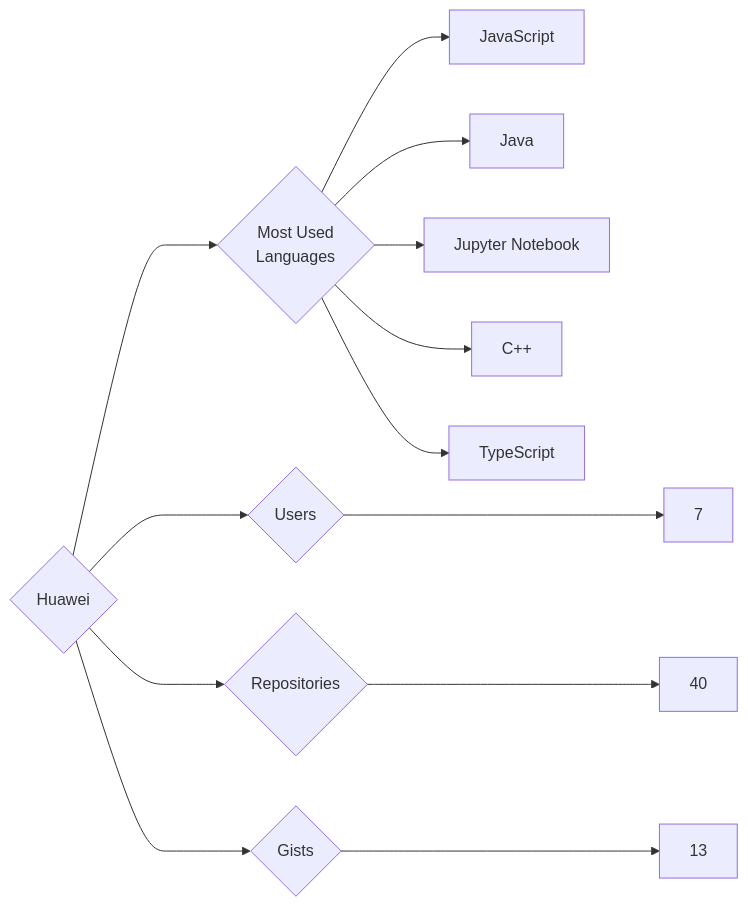
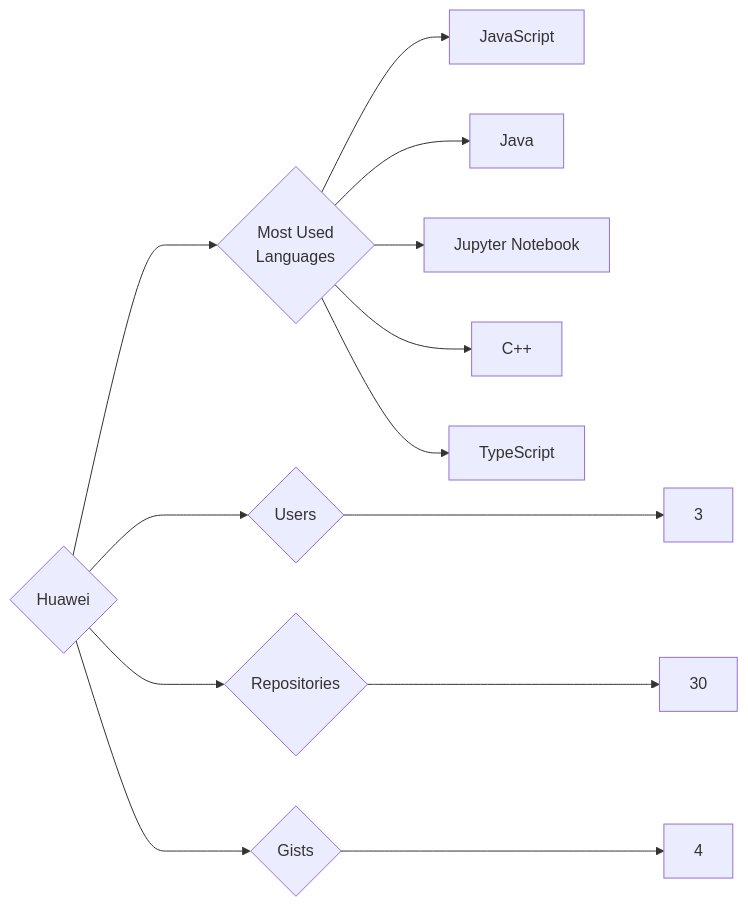
The diagram in targets/Huawei/README.md (trickest/insiders), drawn with Mermaid before and after one commit. The commit also changed 924 other files, not shown here.

````diff
--- a/targets/Huawei/README.md
+++ b/targets/Huawei/README.md
@@ -3,13 +3,13 @@
 ```mermaid
 graph LR
 COMPANY_NAME{Huawei}
-COMPANY_NAME ---> U{Users} ---> UN[7]
-COMPANY_NAME ---> R{Repositories} ---> RN[40]
-COMPANY_NAME ---> G{Gists} ---> GN[13]
+COMPANY_NAME ---> U{Users} ---> UN[3]
+COMPANY_NAME ---> R{Repositories} ---> RN[30]
+COMPANY_NAME ---> G{Gists} ---> GN[4]
 COMPANY_NAME ---> ML{Most Used<br>Languages}
 ML --> JavaScript[JavaScript]
 ML --> Java[Java]
 ML --> Jupyter_Notebook[Jupyter Notebook]
 ML --> C++[C++]
 ML --> TypeScript[TypeScript]
 ```
````
